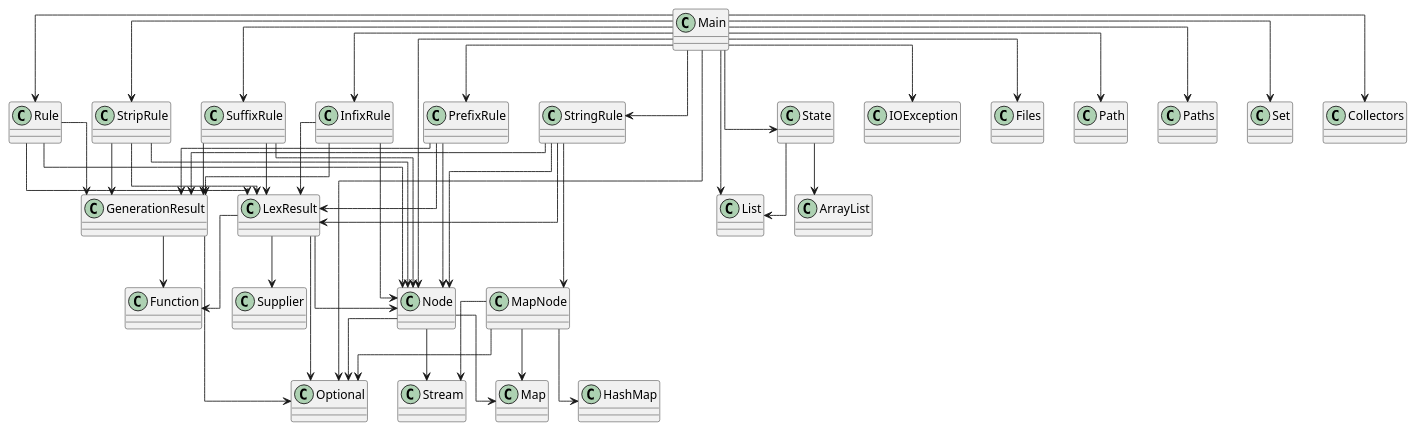
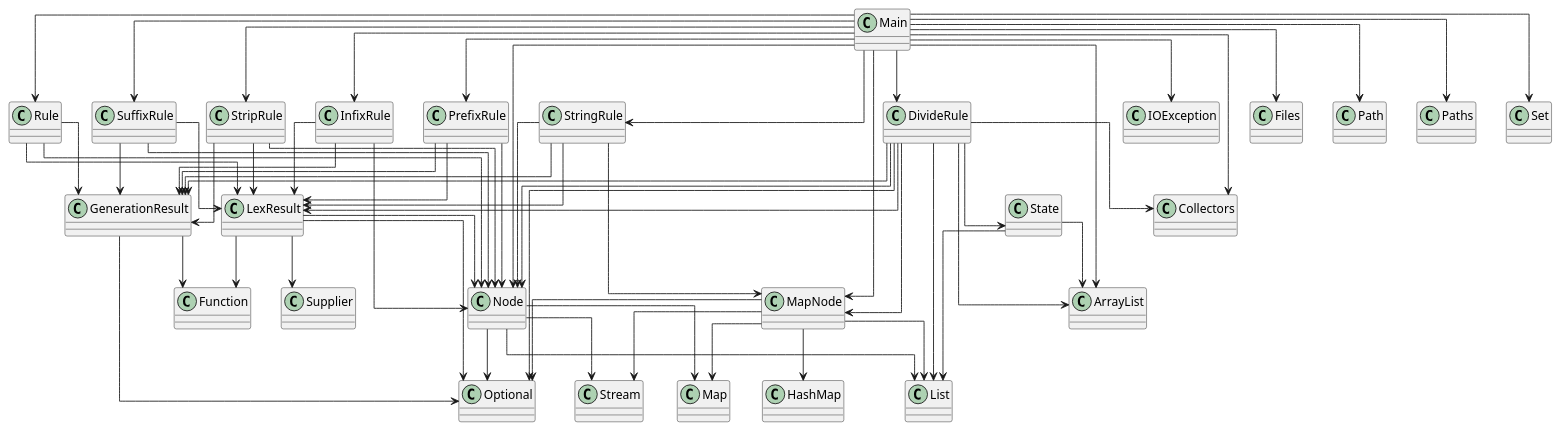
The diagram in diagram.puml (SirMathhman/Magma), drawn with PlantUML before and after one commit. The commit also changed 5 other files, not shown here.

Commit message:
DivideRule

```diff
--- a/diagram.puml
+++ b/diagram.puml
@@ -1,65 +1,77 @@
 @startuml
 skinparam linetype ortho
-class SuffixRule
-SuffixRule --> Node
-SuffixRule --> GenerationResult
-SuffixRule --> LexResult
 class Node
+Node --> List
 Node --> Map
 Node --> Optional
 Node --> Stream
-class GenerationResult
-GenerationResult --> Optional
-GenerationResult --> Function
 class Rule
 Rule --> Node
 Rule --> GenerationResult
 Rule --> LexResult
-class StripRule
-StripRule --> Node
-StripRule --> GenerationResult
-StripRule --> LexResult
 class LexResult
 LexResult --> Node
 LexResult --> Optional
 LexResult --> Function
 LexResult --> Supplier
 class InfixRule
 InfixRule --> Node
 InfixRule --> GenerationResult
 InfixRule --> LexResult
+class DivideRule
+DivideRule --> State
+DivideRule --> MapNode
+DivideRule --> Node
+DivideRule --> GenerationResult
+DivideRule --> LexResult
+DivideRule --> ArrayList
+DivideRule --> List
+DivideRule --> Optional
+DivideRule --> Collectors
+class PrefixRule
+PrefixRule --> Node
+PrefixRule --> GenerationResult
+PrefixRule --> LexResult
+class StringRule
+StringRule --> MapNode
+StringRule --> Node
+StringRule --> GenerationResult
+StringRule --> LexResult
+class SuffixRule
+SuffixRule --> Node
+SuffixRule --> GenerationResult
+SuffixRule --> LexResult
+class GenerationResult
+GenerationResult --> Optional
+GenerationResult --> Function
+class StripRule
+StripRule --> Node
+StripRule --> GenerationResult
+StripRule --> LexResult
 class Main
-Main --> State
+Main --> MapNode
 Main --> Node
+Main --> DivideRule
 Main --> InfixRule
 Main --> PrefixRule
 Main --> Rule
 Main --> StringRule
 Main --> StripRule
 Main --> SuffixRule
 Main --> IOException
 Main --> Files
 Main --> Path
 Main --> Paths
-Main --> List
-Main --> Optional
+Main --> ArrayList
 Main --> Set
 Main --> Collectors
 class MapNode
 MapNode --> HashMap
+MapNode --> List
 MapNode --> Map
 MapNode --> Optional
 MapNode --> Stream
-class PrefixRule
-PrefixRule --> Node
-PrefixRule --> GenerationResult
-PrefixRule --> LexResult
-class StringRule
-StringRule --> MapNode
-StringRule --> Node
-StringRule --> GenerationResult
-StringRule --> LexResult
 class State
 State --> ArrayList
 State --> List
 @enduml
```
